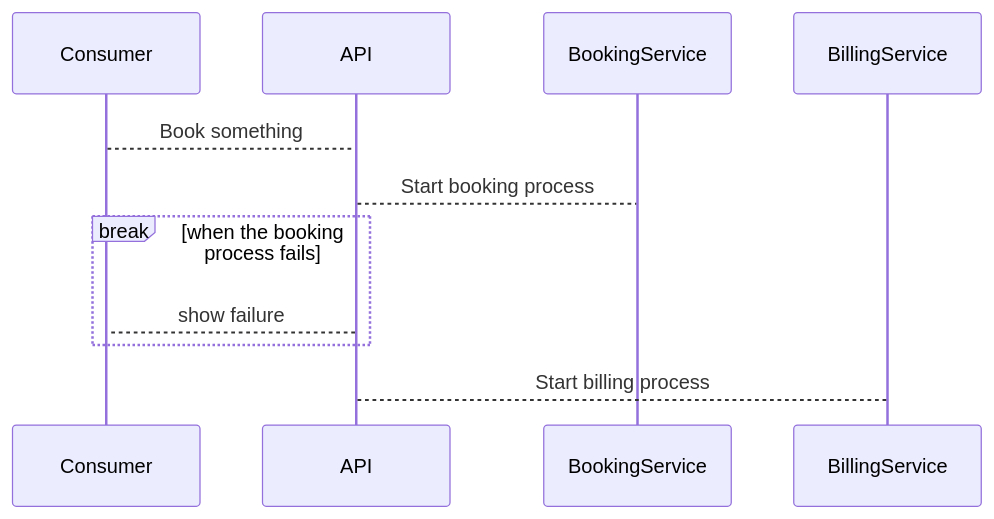
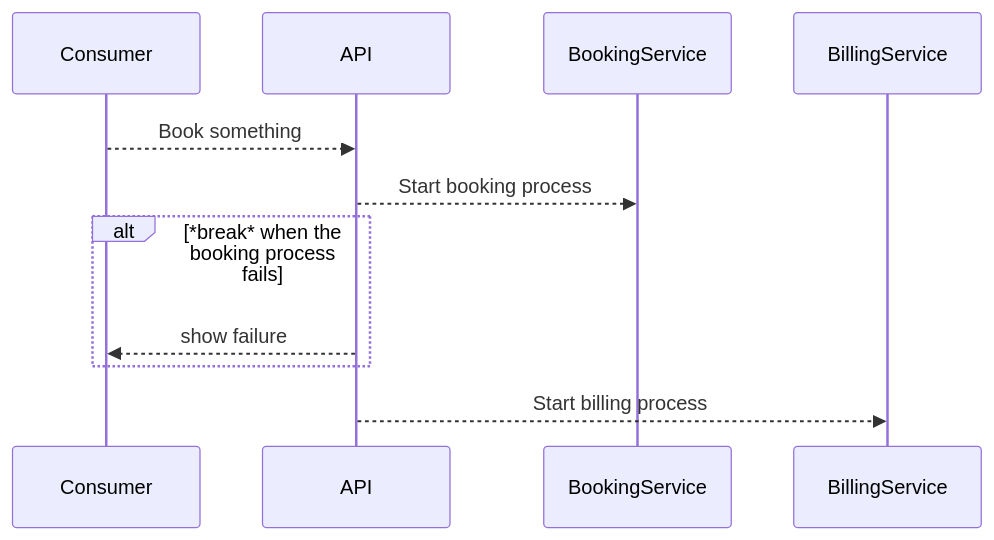
One commit to re-glaue/markdown-diagrams changed the first of 2 diagrams in sequence_diagram.md. Above: the diagram before and after it, drawn with Mermaid. The commit also changed other lines of this file, not shown here.

````diff
--- a/sequence_diagram.md
+++ b/sequence_diagram.md
@@ -5,9 +7,9 @@
 ```mermaid
 sequenceDiagram
-  Consumer-->API: Book something
-  API-->BookingService: Start booking process
-  break when the booking process fails
-    API-->Consumer: show failure
+  Consumer-->>API: Book something
+  API-->>BookingService: Start booking process
+  alt *break* when the booking process fails
+    API-->>Consumer: show failure
   end
-  API-->BillingService: Start billing process
+  API-->>BillingService: Start billing process
 ```
````
